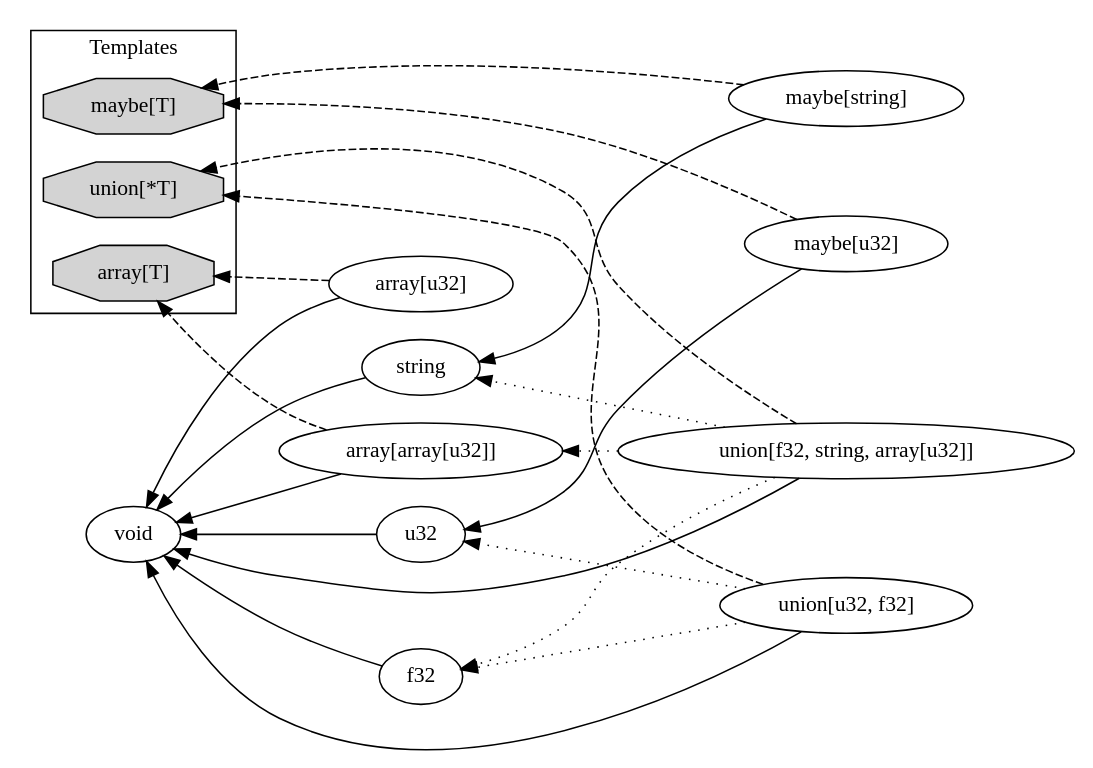
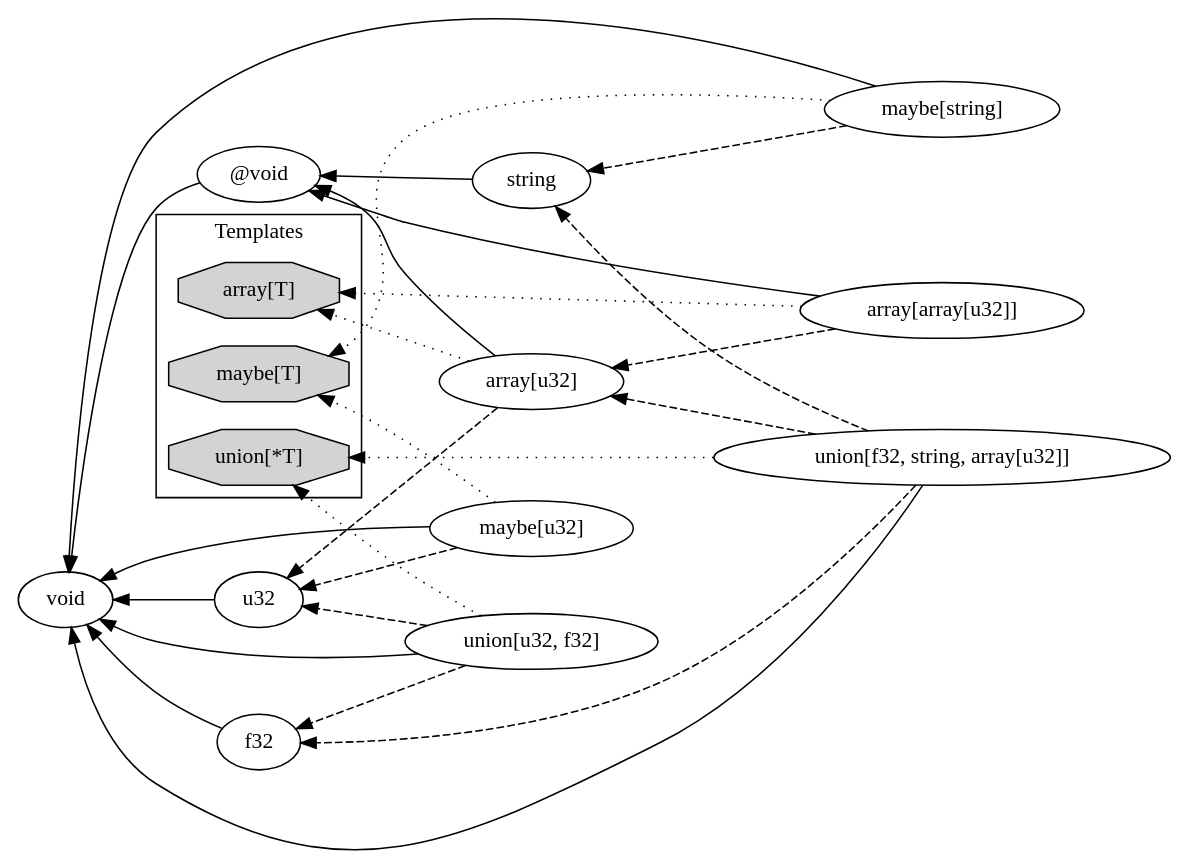
Before and after one commit to gcrois/gcrois.github.io: the diagram in files/src/K0001/types0.dot, drawn with Graphviz. The commit also changed 2 other files, not shown here.

Commit message:
more type diagrams

```diff
--- a/files/src/K0001/types0.dot
+++ b/files/src/K0001/types0.dot
@@ -1,45 +1,51 @@
 digraph {
 #    layout="fdp";
     rankdir="RL";
 
     subgraph cluster_0 {
         rank="same";
         label="Templates";
         array [label="array[T]", shape="octagon", style="filled"];
         maybe [label="maybe[T]", shape="octagon", style="filled"];
         union [label="union[*T]", shape="octagon", style="filled"];
     }
 
+    avoid [label="@void"];
 
     u32, f32 -> void;
+    avoid -> void;
 
     string [label="string"];
-    string -> void;
+    string -> avoid;
 
     array0 [label="array[u32]"];
-    array0 -> array [style="dashed"];
-    array0 -> void;
+    array0 -> array [style="dotted"];
+    array0 -> u32 [style="dashed"];
+    array0 -> avoid;
 
     array1 [label="array[array[u32]]"];
-    array1 -> array [style="dashed"];
-    array1 -> void;
+    array1 -> array [style="dotted"];
+    array1 -> array0 [style="dashed"];
+    array1 -> avoid;
 
     maybe0 [label="maybe[u32]"];
-    maybe0 -> maybe [style="dashed"];
-    maybe0 -> u32;
+    maybe0 -> maybe [style="dotted"];
+    maybe0 -> u32 [style="dashed"];
+    maybe0 -> void;
     
     maybe1 [label="maybe[string]"];
-    maybe1 -> maybe [style="dashed"];
-    maybe1 -> string;
+    maybe1 -> maybe [style="dotted"];
+    maybe1 -> string [style="dashed"];
+    maybe1 -> void;
 
     union0 [label="union[f32, string, array[u32]]"];
-    union0 -> union [style="dashed"];
-    union0 -> f32, string, array1 [style="dotted"];
+    union0 -> union [style="dotted"];
+    union0 -> f32, string, array0 [style="dashed"];
     union0 -> void;
 
     union1 [label="union[u32, f32]"];
-    union1 -> union [style="dashed"];
-    union1 -> u32, f32 [style="dotted"];
+    union1 -> union [style="dotted"];
+    union1 -> u32, f32 [style="dashed"];
     union1 -> void;
 
 }
```
